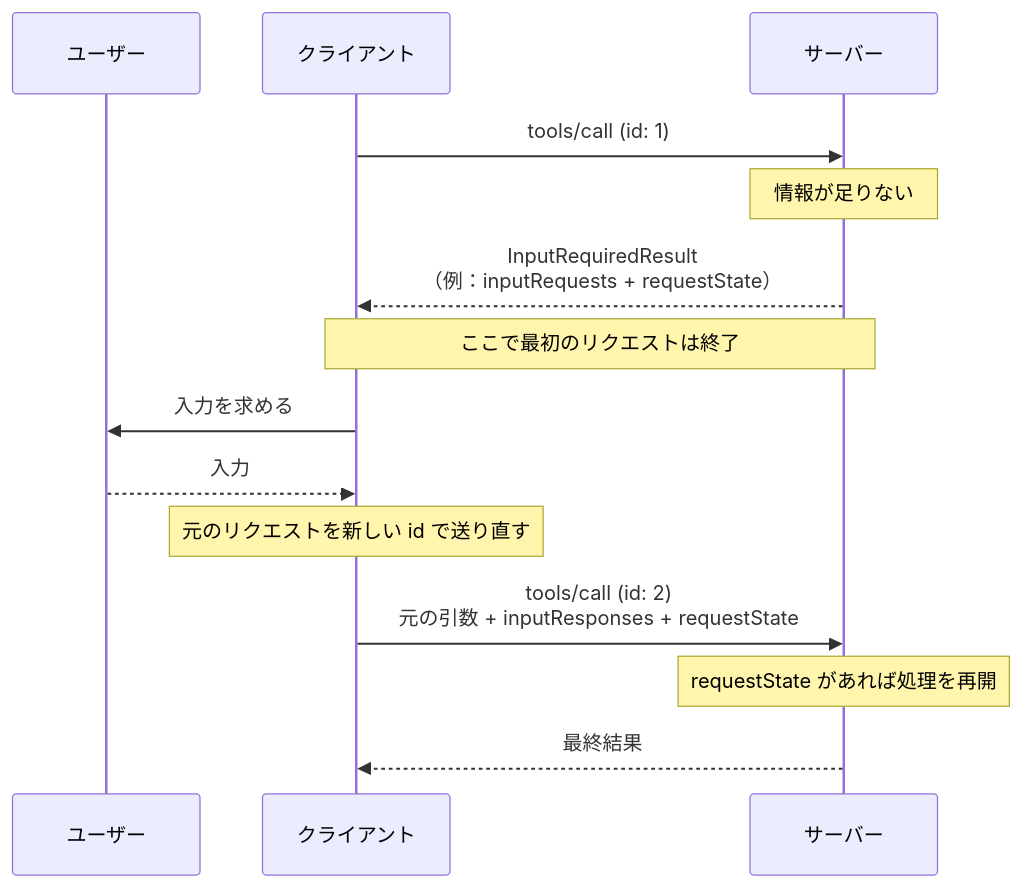
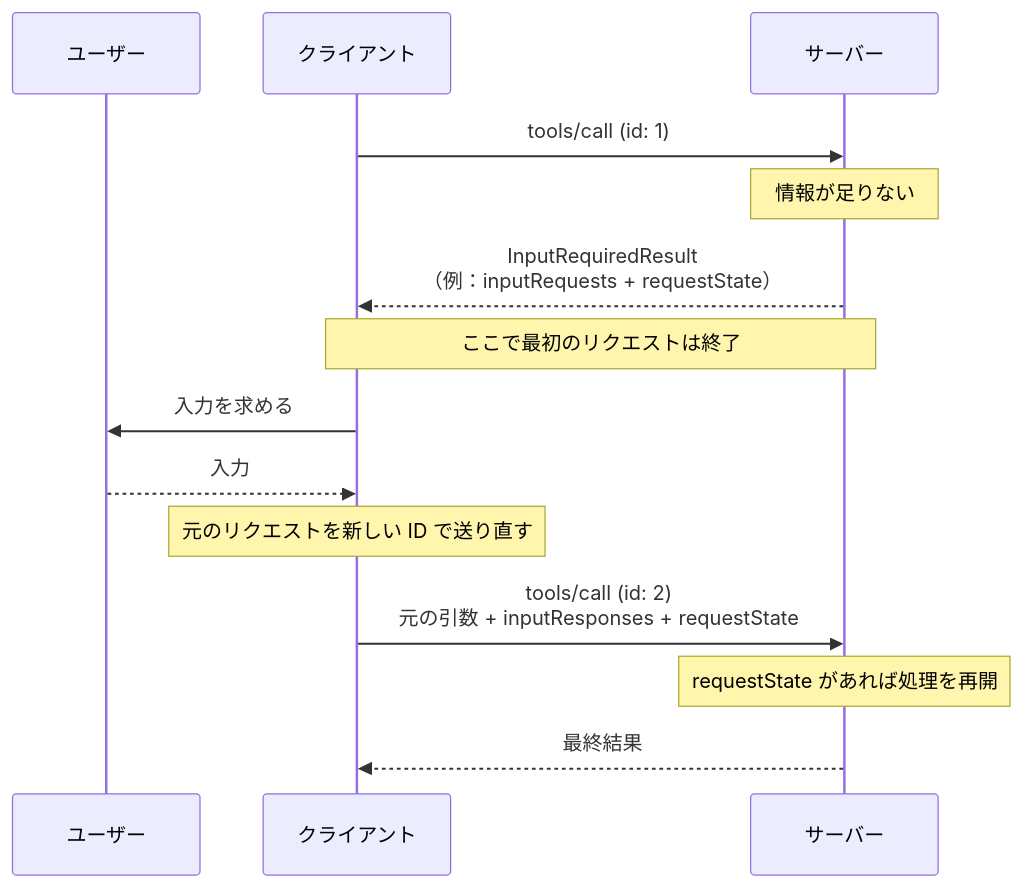
The fifth of 6 diagrams in public/2026-08-mcp-2026-07-28.md (yamazaki-yuki-23/qiita-tech-blogs), drawn with Mermaid before and after one commit. The commit also changed other lines of this file, not shown here.

````diff
--- a/public/2026-08-mcp-2026-07-28.md
+++ b/public/2026-08-mcp-2026-07-28.md
@@ -234,16 +236,16 @@
 ```mermaid
 sequenceDiagram
     participant U as ユーザー
     participant C as クライアント
     participant S as サーバー
     C->>S: tools/call (id: 1)
     Note over S: 情報が足りない
     S-->>C: InputRequiredResult<br/>（例：inputRequests + requestState）
     Note over C,S: ここで最初のリクエストは終了
     C->>U: 入力を求める
     U-->>C: 入力
-    Note over C: 元のリクエストを新しい id で送り直す
+    Note over C: 元のリクエストを新しい ID で送り直す
     C->>S: tools/call (id: 2)<br/>元の引数 + inputResponses + requestState
     Note over S: requestState があれば処理を再開
     S-->>C: 最終結果
 ```
````
